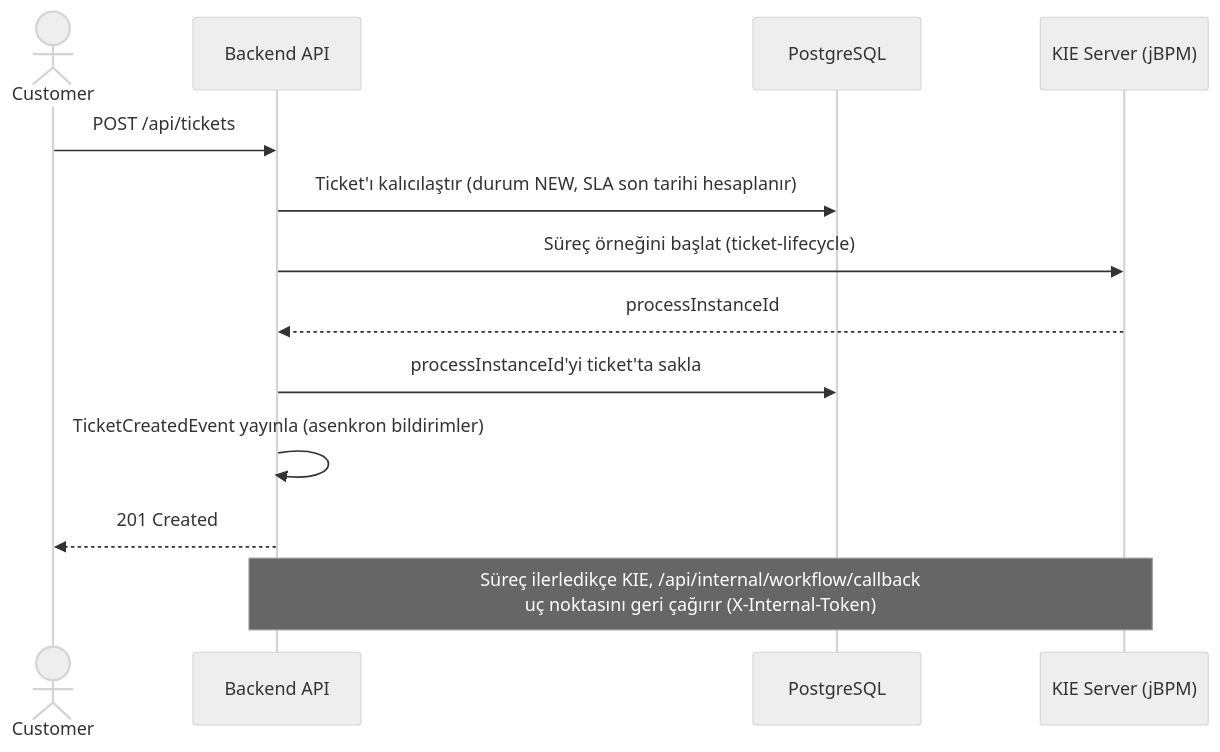
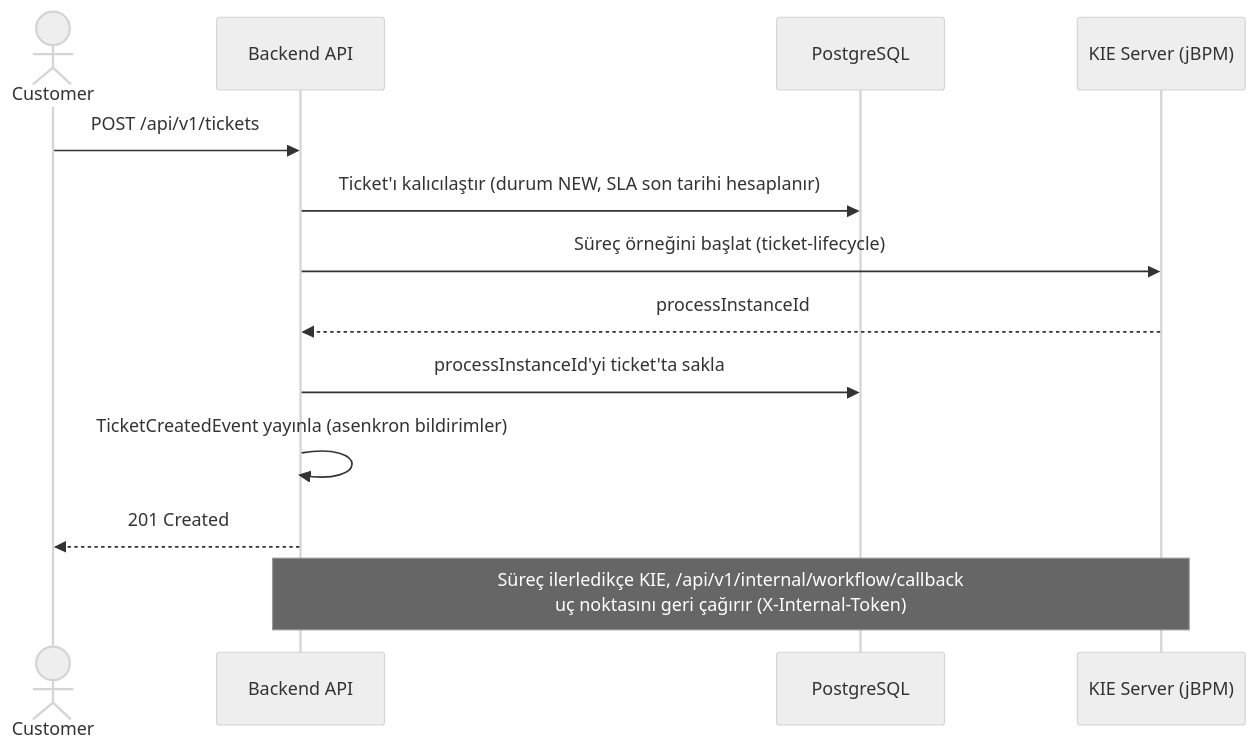
The fourth of 6 diagrams in docs/ARCHITECTURE.tr.md (UKBey/TicketSystem), drawn with Mermaid (neutral theme) before and after one commit. The commit also changed other lines of this file and 47 other files, not shown here.

````diff
--- a/docs/ARCHITECTURE.tr.md
+++ b/docs/ARCHITECTURE.tr.md
@@ -209,17 +209,17 @@
 ```mermaid
 sequenceDiagram
     actor Customer
     participant API as Backend API
     participant DB as PostgreSQL
     participant KIE as KIE Server (jBPM)
 
-    Customer->>API: POST /api/tickets
+    Customer->>API: POST /api/v1/tickets
     API->>DB: Ticket'ı kalıcılaştır (durum NEW, SLA son tarihi hesaplanır)
     API->>KIE: Süreç örneğini başlat (ticket-lifecycle)
     KIE-->>API: processInstanceId
     API->>DB: processInstanceId'yi ticket'ta sakla
     API->>API: TicketCreatedEvent yayınla (asenkron bildirimler)
     API-->>Customer: 201 Created
 
-    Note over API,KIE: Süreç ilerledikçe KIE, /api/internal/workflow/callback<br/>uç noktasını geri çağırır (X-Internal-Token)
+    Note over API,KIE: Süreç ilerledikçe KIE, /api/v1/internal/workflow/callback<br/>uç noktasını geri çağırır (X-Internal-Token)
 ```
````
